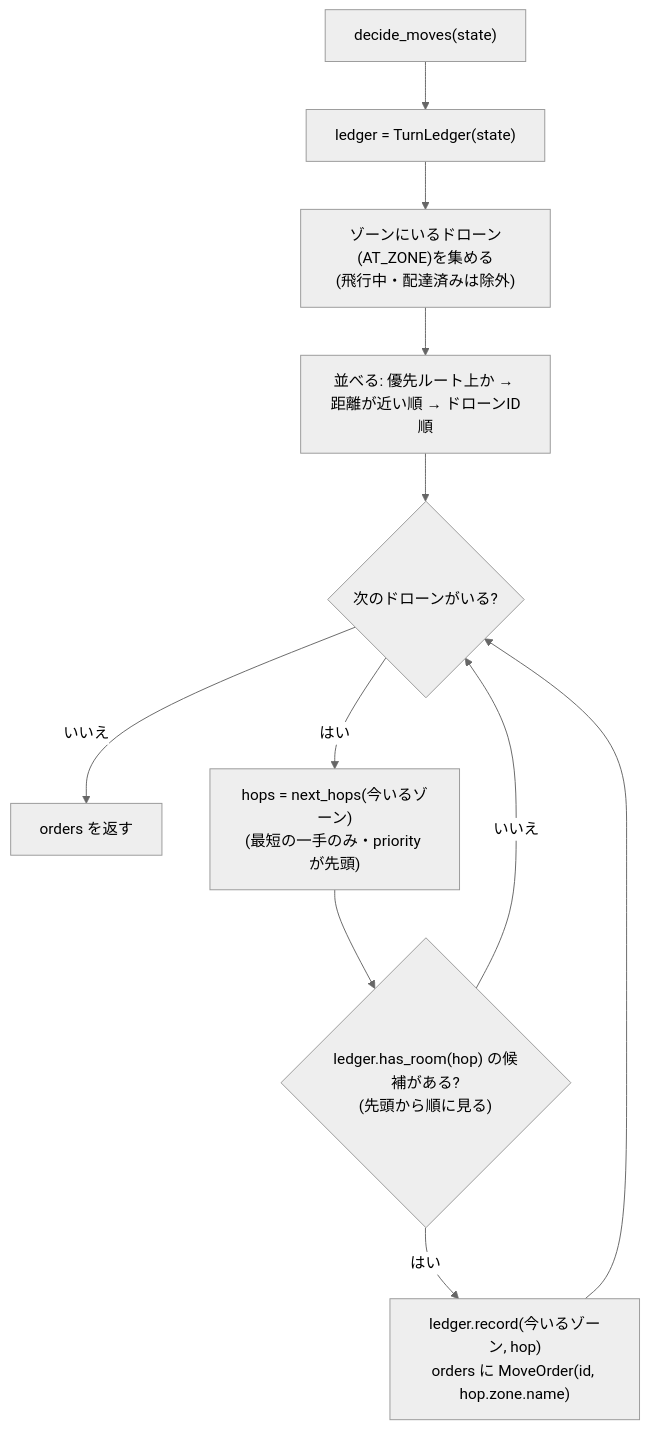
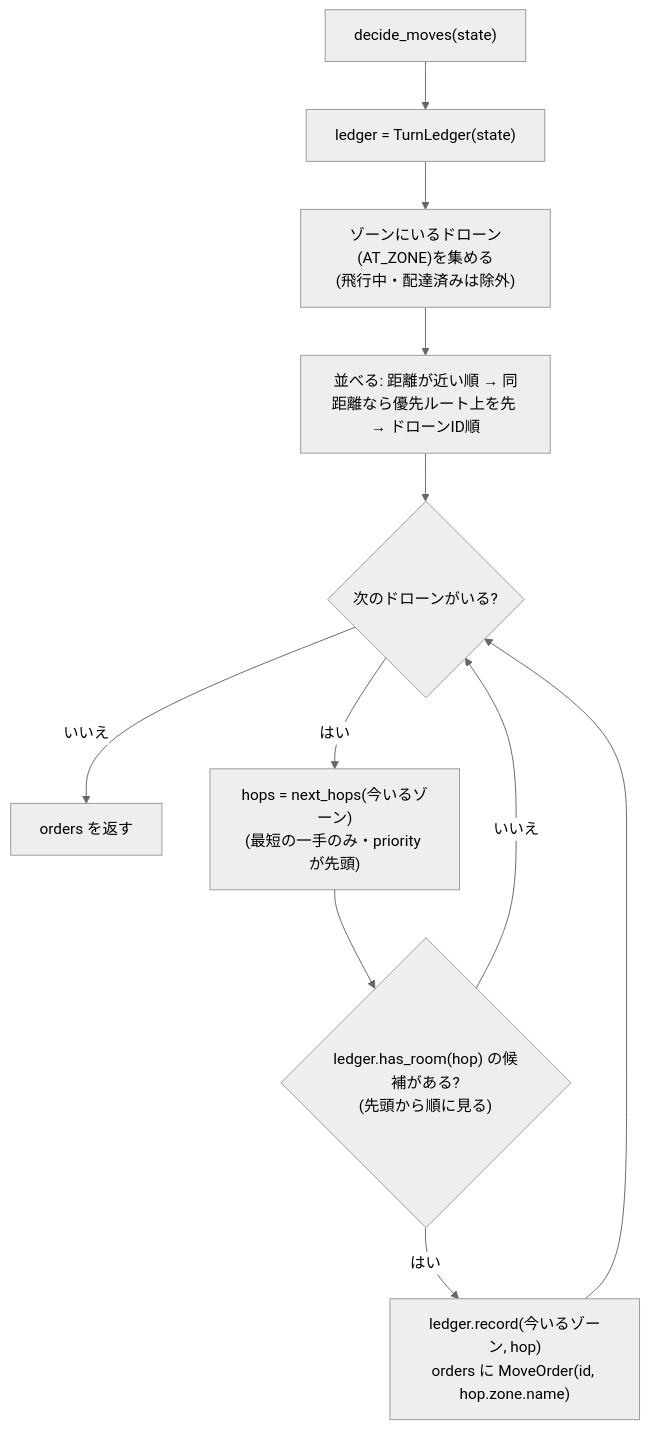
Before and after one commit to saikawakiruya-droid/fly_in: the second of 3 diagrams in docs/research/2026-10-17_workflow-stage5-scheduler.md, drawn with Mermaid (neutral theme). The commit also changed other lines of this file and 3 other files, not shown here.

````diff
--- a/docs/research/2026-10-17_workflow-stage5-scheduler.md
+++ b/docs/research/2026-10-17_workflow-stage5-scheduler.md
@@ -131,13 +132,13 @@
 ```mermaid
 flowchart TD
     A["decide_moves(state)"] --> B["ledger = TurnLedger(state)"]
     B --> C["ゾーンにいるドローン(AT_ZONE)を集める<br/>(飛行中・配達済みは除外)"]
-    C --> D["並べる: 優先ルート上か → 距離が近い順 → ドローンID順"]
+    C --> D["並べる: 距離が近い順 → 同距離なら優先ルート上を先 → ドローンID順"]
     D --> E{"次のドローンがいる?"}
     E -- いいえ --> Z["orders を返す"]
     E -- はい --> F["hops = next_hops(今いるゾーン)<br/>(最短の一手のみ・priority が先頭)"]
     F --> G{"ledger.has_room(hop) の候補がある?<br/>(先頭から順に見る)"}
     G -- いいえ --> E
     G -- はい --> H["ledger.record(今いるゾーン, hop)<br/>orders に MoveOrder(id, hop.zone.name)"]
     H --> E
 ```
````
